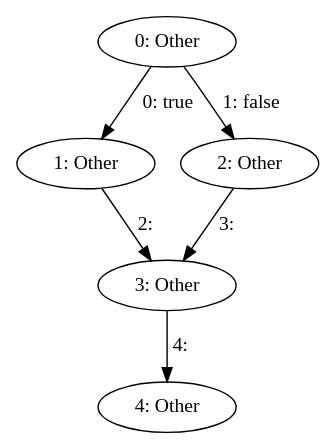
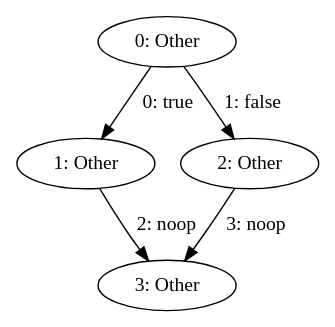
Before and after one commit to mohe2015/zero-cost-templating: the diagram in zero-cost-templating/if_else.html.dot, drawn with Graphviz.

```diff
--- a/zero-cost-templating/if_else.html.dot
+++ b/zero-cost-templating/if_else.html.dot
@@ -1,12 +1,10 @@
 digraph {
     0 [ label = "0: Other" ]
     1 [ label = "1: Other" ]
     2 [ label = "2: Other" ]
     3 [ label = "3: Other" ]
-    4 [ label = "4: Other" ]
     0 -> 1 [ label = "0: true" ]
     0 -> 2 [ label = "1: false" ]
-    1 -> 3 [ label = "2: " ]
-    2 -> 3 [ label = "3: " ]
-    3 -> 4 [ label = "4: " ]
+    1 -> 3 [ label = "2: noop" ]
+    2 -> 3 [ label = "3: noop" ]
 }
```
